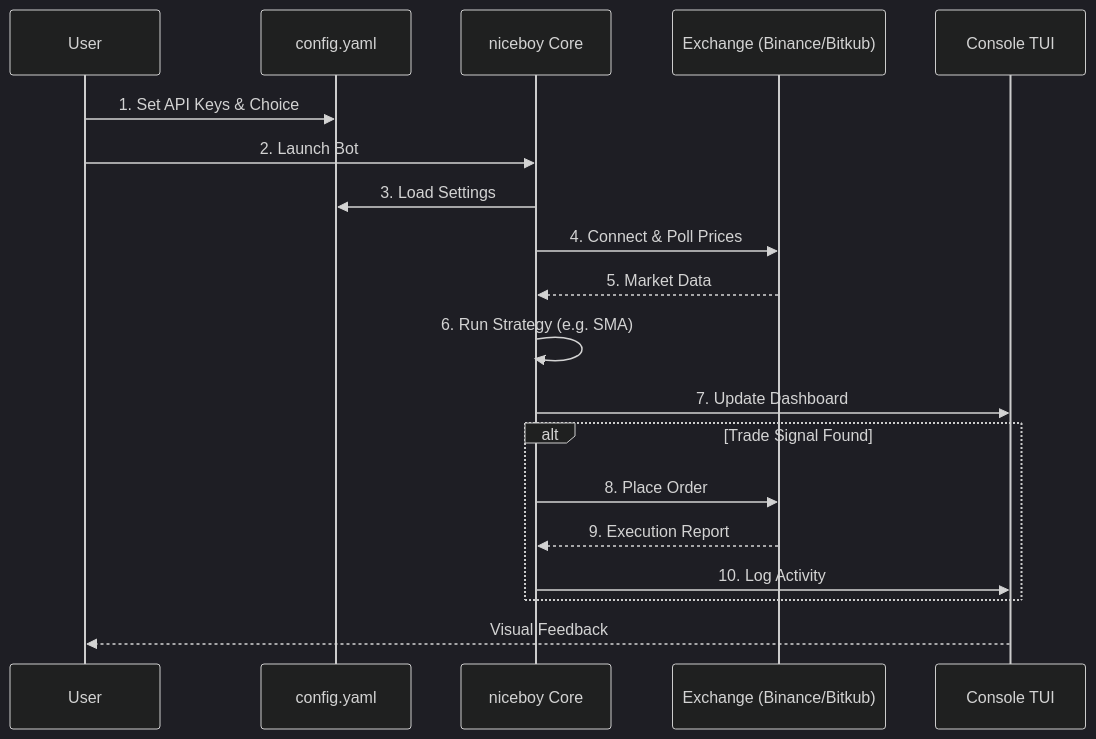
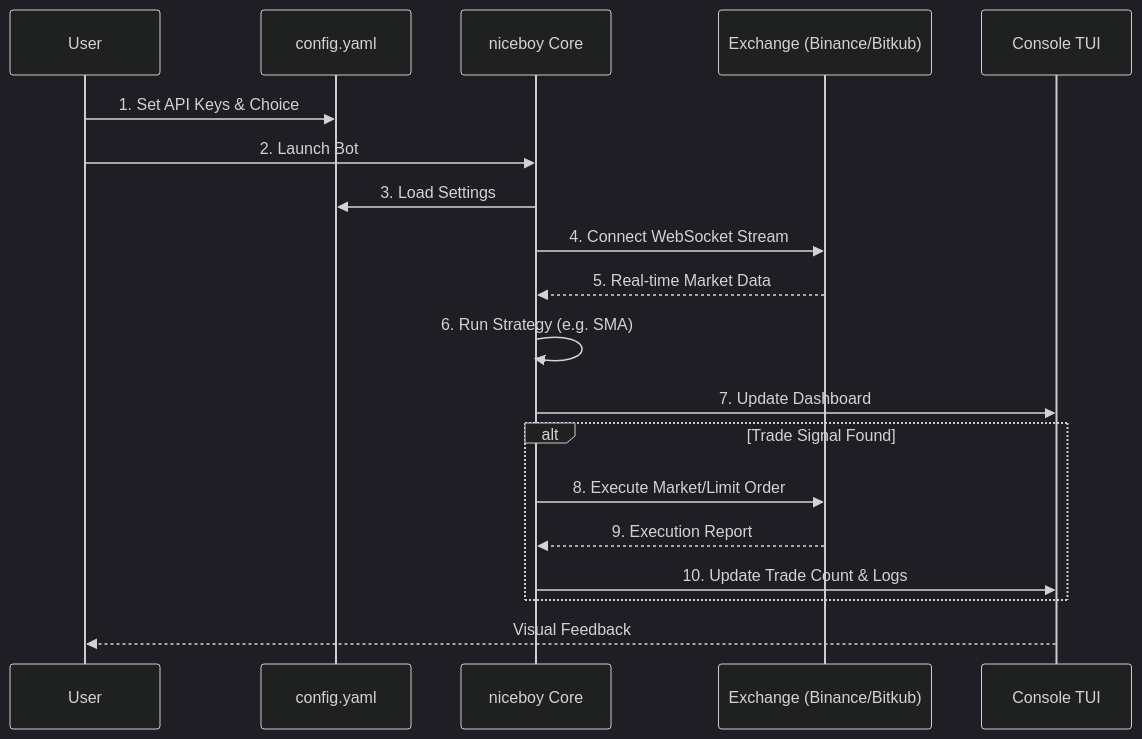
Before and after one commit to netfirms/niceboy: the diagram in docs/WORKFLOW.md, drawn with Mermaid (dark theme). The commit also changed other lines of this file and 3 other files, not shown here.

Commit message:
docs: comprehensively update specification, workflow, and onboarding for real-time engine and Lipgloss ui

````diff
--- a/docs/WORKFLOW.md
+++ b/docs/WORKFLOW.md
@@ -5,22 +5,22 @@
 ```mermaid
 sequenceDiagram
     participant User
     participant Config as config.yaml
     participant Bot as niceboy Core
     participant Exch as Exchange (Binance/Bitkub)
     participant UI as Console TUI
 
     User->>Config: 1. Set API Keys & Choice
     User->>Bot: 2. Launch Bot
     Bot->>Config: 3. Load Settings
-    Bot->>Exch: 4. Connect & Poll Prices
-    Exch-->>Bot: 5. Market Data
+    Bot->>Exch: 4. Connect WebSocket Stream
+    Exch-->>Bot: 5. Real-time Market Data
     Bot->>Bot: 6. Run Strategy (e.g. SMA)
     Bot->>UI: 7. Update Dashboard
     alt Trade Signal Found
-        Bot->>Exch: 8. Place Order
+        Bot->>Exch: 8. Execute Market/Limit Order
         Exch-->>Bot: 9. Execution Report
-        Bot->>UI: 10. Log Activity
+        Bot->>UI: 10. Update Trade Count & Logs
     end
     UI-->>User: Visual Feedback
 ```
````
